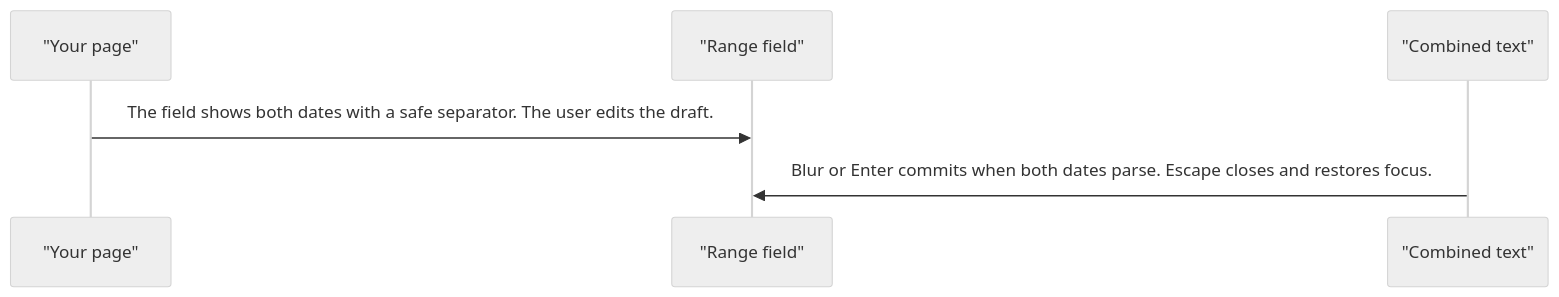
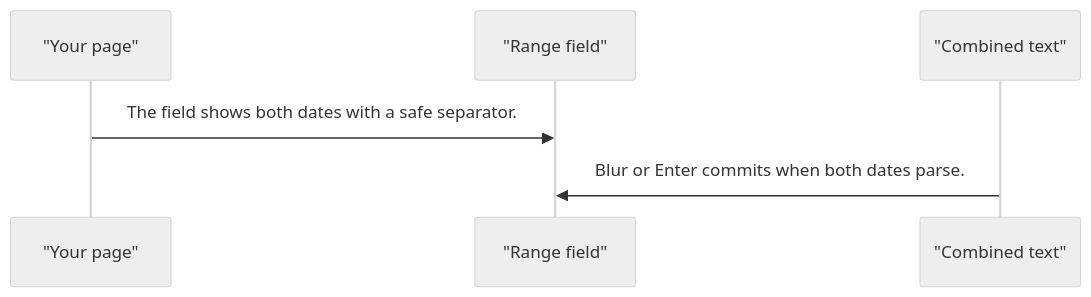
The second of 3 diagrams in projects/pixel-ui/src/lib/pixel-date-range-picker/DESIGN.md (RajshekharBorate/pixel-ui), drawn with Mermaid (neutral theme) before and after one commit. The commit also changed other lines of this file and 80 other files, not shown here.

Commit message:
Fill missing design flows and correct the stories that did not match component behavior.

````diff
--- a/projects/pixel-ui/src/lib/pixel-date-range-picker/DESIGN.md
+++ b/projects/pixel-ui/src/lib/pixel-date-range-picker/DESIGN.md
@@ -48,8 +48,8 @@
 ```mermaid
 sequenceDiagram
   participant page as "Your page"
   participant field as "Range field"
   participant text as "Combined text"
-  page->>field: The field shows both dates with a safe separator. The user edits the draft.
-  text->>field: Blur or Enter commits when both dates parse. Escape closes and restores focus.
+  page->>field: The field shows both dates with a safe separator.
+  text->>field: Blur or Enter commits when both dates parse.
 ```
````
